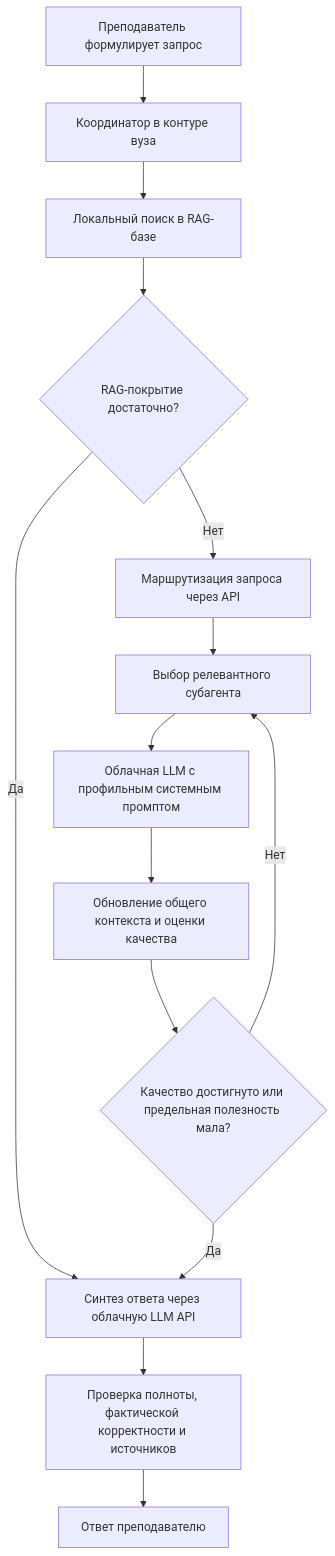
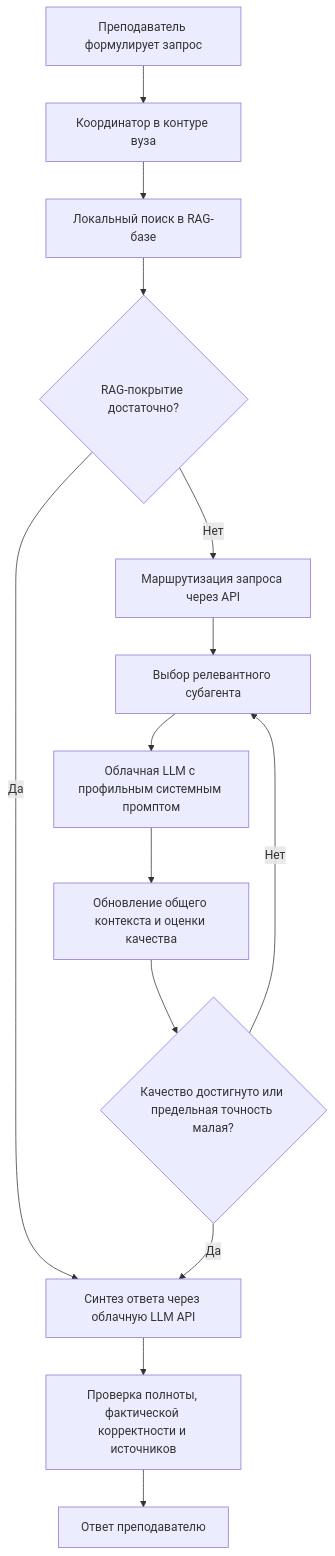
One commit to BosenkoTM/mgpu_task changed the diagram in sim_01/README.md. Above: the diagram before and after it, drawn with Mermaid. The commit also changed other lines of this file, not shown here.

````diff
--- a/sim_01/README.md
+++ b/sim_01/README.md
@@ -23,16 +23,16 @@
 ```mermaid
 flowchart TD
     T[Преподаватель формулирует запрос] --> C[Координатор в контуре вуза]
     C --> R[Локальный поиск в RAG-базе]
     R --> G{RAG-покрытие достаточно?}
     G -- Да --> S[Синтез ответа через облачную LLM API]
     G -- Нет --> RT[Маршрутизация запроса через API]
     RT --> A[Выбор релевантного субагента]
     A --> L[Облачная LLM с профильным системным промптом]
     L --> U[Обновление общего контекста и оценки качества]
-    U --> D{Качество достигнуто или предельная полезность мала?}
+    U --> D{Качество достигнуто или предельная точность малая?}
     D -- Нет --> A
     D -- Да --> S
     S --> V[Проверка полноты, фактической корректности и источников]
     V --> O[Ответ преподавателю]
 ```
````
